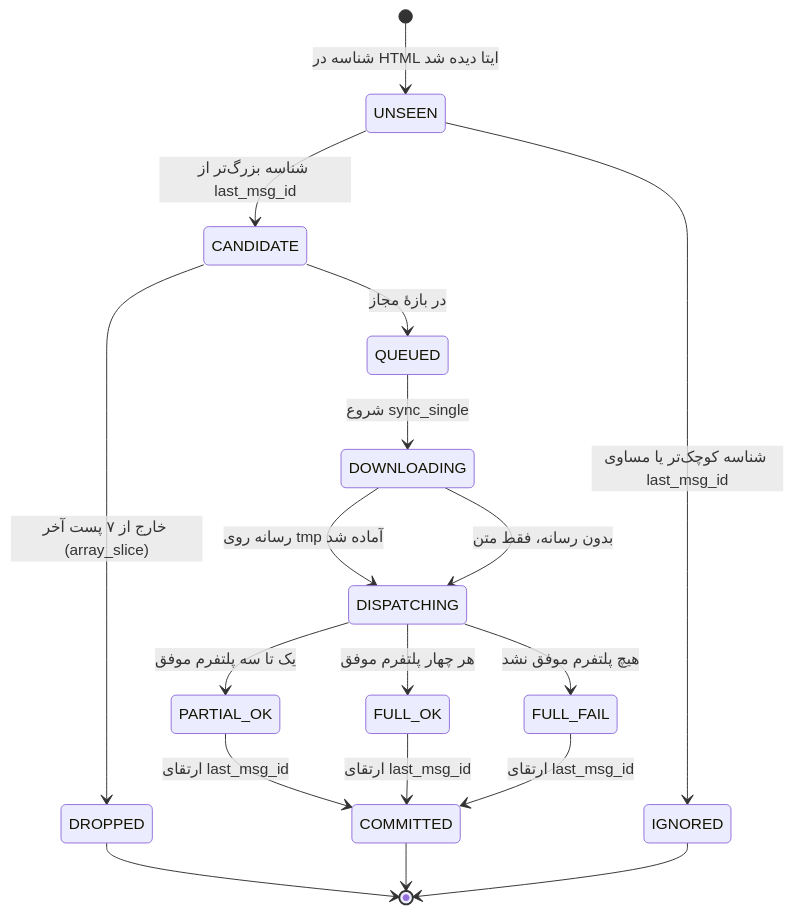
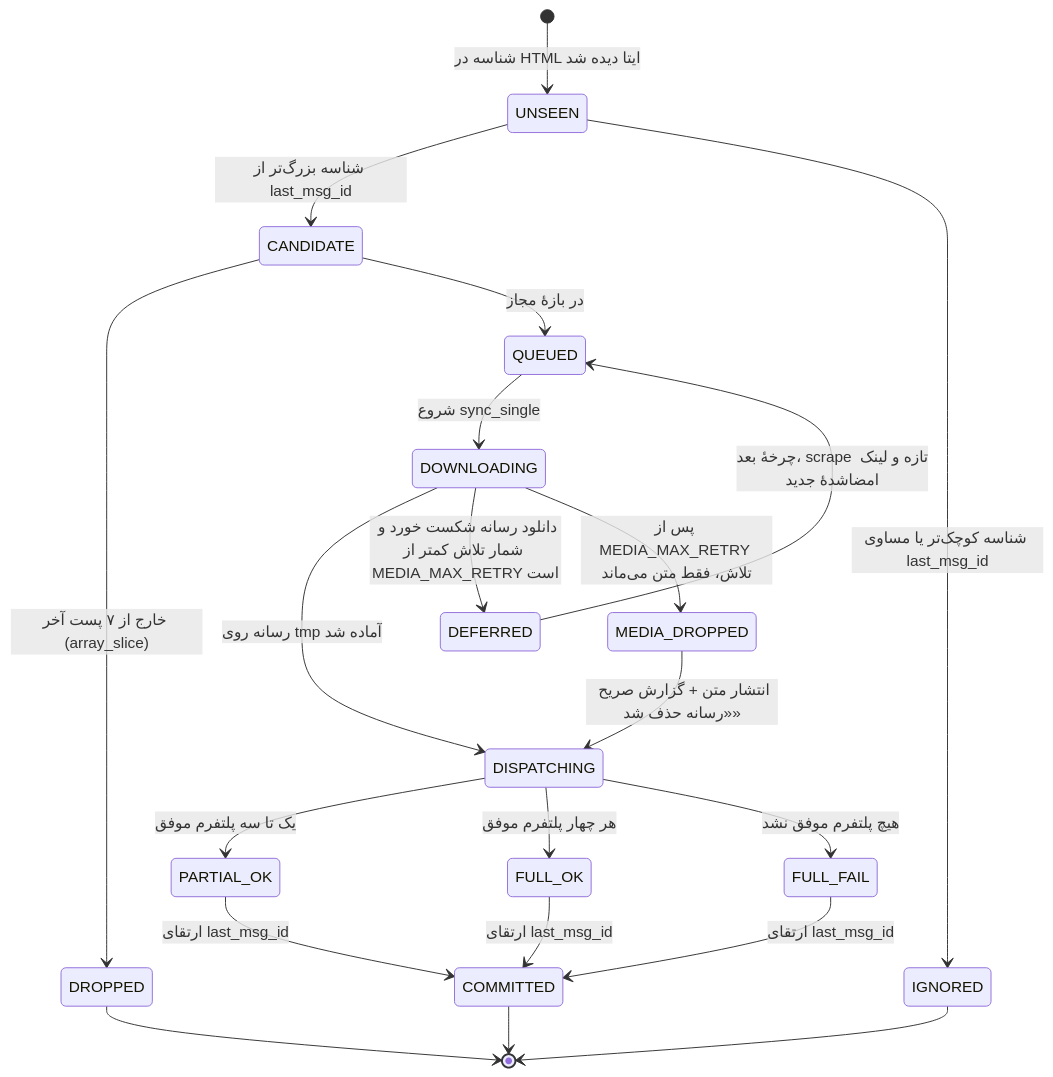
One commit to ahmad75naraghi/send-massages changed the fourth of 7 diagrams in ARCHITECTURE.md. Above: the diagram before and after it, drawn with Mermaid. The commit also changed other lines of this file and 24 other files, not shown here.

````diff
--- a/ARCHITECTURE.md
+++ b/ARCHITECTURE.md
@@ -282,20 +290,23 @@
 ```mermaid
 stateDiagram-v2
     [*] --> UNSEEN : شناسه در HTML ایتا دیده شد
     UNSEEN --> CANDIDATE : شناسه بزرگ‌تر از last_msg_id
     UNSEEN --> IGNORED : شناسه کوچک‌تر یا مساوی last_msg_id
     CANDIDATE --> DROPPED : خارج از ۷ پست آخر (array_slice)
     CANDIDATE --> QUEUED : در بازهٔ مجاز
     QUEUED --> DOWNLOADING : شروع sync_single
     DOWNLOADING --> DISPATCHING : رسانه روی tmp آماده شد
-    DOWNLOADING --> DISPATCHING : بدون رسانه، فقط متن
+    DOWNLOADING --> DEFERRED : دانلود رسانه شکست خورد و شمار تلاش کمتر از MEDIA_MAX_RETRY است
+    DOWNLOADING --> MEDIA_DROPPED : پس از MEDIA_MAX_RETRY تلاش، فقط متن می‌ماند
+    DEFERRED --> QUEUED : چرخهٔ بعد، scrape تازه و لینک امضاشدهٔ جدید
+    MEDIA_DROPPED --> DISPATCHING : انتشار متن + گزارش صریح «رسانه حذف شد»
     DISPATCHING --> PARTIAL_OK : یک تا سه پلتفرم موفق
     DISPATCHING --> FULL_OK : هر چهار پلتفرم موفق
     DISPATCHING --> FULL_FAIL : هیچ پلتفرم موفق نشد
     PARTIAL_OK --> COMMITTED : ارتقای last_msg_id
     FULL_OK --> COMMITTED : ارتقای last_msg_id
     FULL_FAIL --> COMMITTED : ارتقای last_msg_id
     DROPPED --> [*]
     IGNORED --> [*]
     COMMITTED --> [*]
 ```
````
